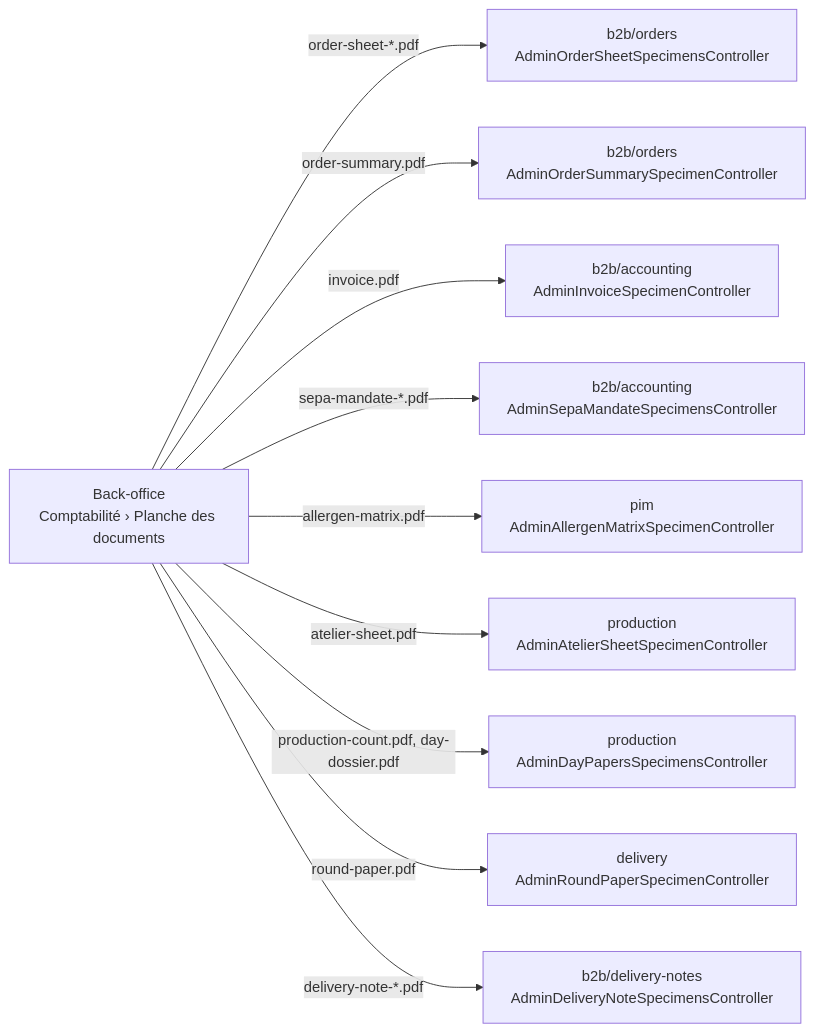
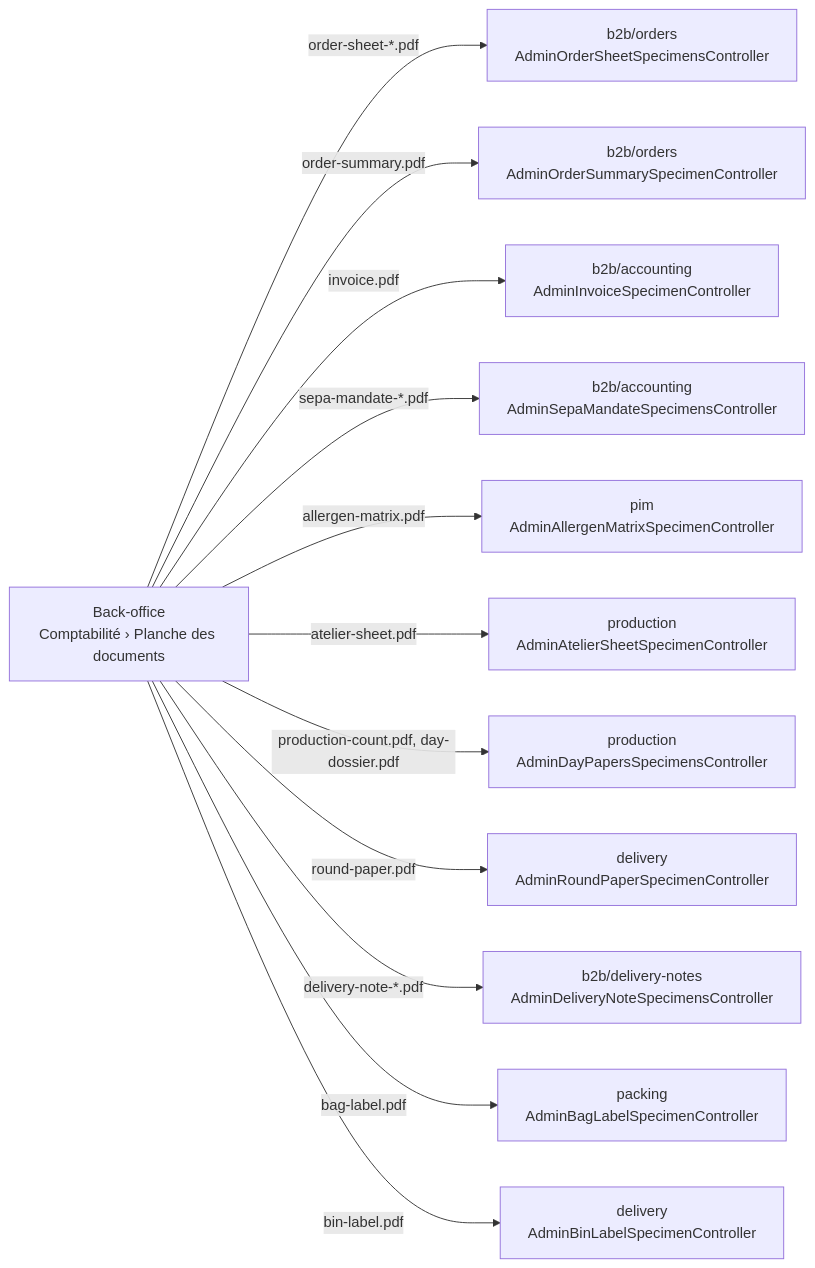
One commit to hugoheynard/lfd changed the diagram in documentation/comptabilite/planche-des-documents.md. Above: the diagram before and after it, drawn with Mermaid. The commit also changed other lines of this file and 79 other files, not shown here.

````diff
--- a/documentation/comptabilite/planche-des-documents.md
+++ b/documentation/comptabilite/planche-des-documents.md
@@ -38,13 +40,15 @@
 ```mermaid
 flowchart LR
   screen["Back-office<br/>Comptabilité › Planche des documents"]
   screen -->|order-sheet-*.pdf| orders["b2b/orders<br/>AdminOrderSheetSpecimensController"]
   screen -->|order-summary.pdf| summary["b2b/orders<br/>AdminOrderSummarySpecimenController"]
   screen -->|invoice.pdf| accounting["b2b/accounting<br/>AdminInvoiceSpecimenController"]
   screen -->|sepa-mandate-*.pdf| mandates["b2b/accounting<br/>AdminSepaMandateSpecimensController"]
   screen -->|allergen-matrix.pdf| pim["pim<br/>AdminAllergenMatrixSpecimenController"]
   screen -->|atelier-sheet.pdf| production["production<br/>AdminAtelierSheetSpecimenController"]
   screen -->|production-count.pdf, day-dossier.pdf| dayPapers["production<br/>AdminDayPapersSpecimensController"]
   screen -->|round-paper.pdf| delivery["delivery<br/>AdminRoundPaperSpecimenController"]
   screen -->|delivery-note-*.pdf| notes["b2b/delivery-notes<br/>AdminDeliveryNoteSpecimensController"]
+  screen -->|bag-label.pdf| packing["packing<br/>AdminBagLabelSpecimenController"]
+  screen -->|bin-label.pdf| binLabel["delivery<br/>AdminBinLabelSpecimenController"]
 ```
````
